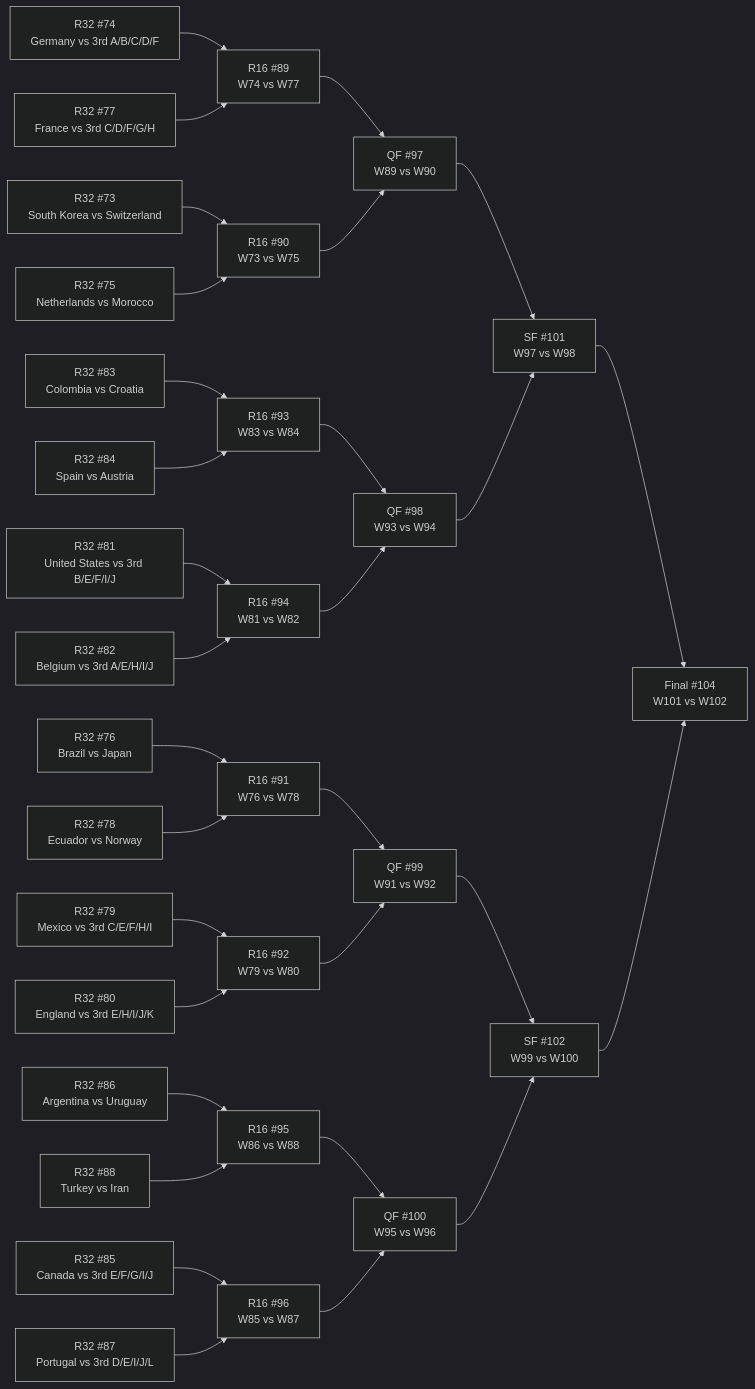
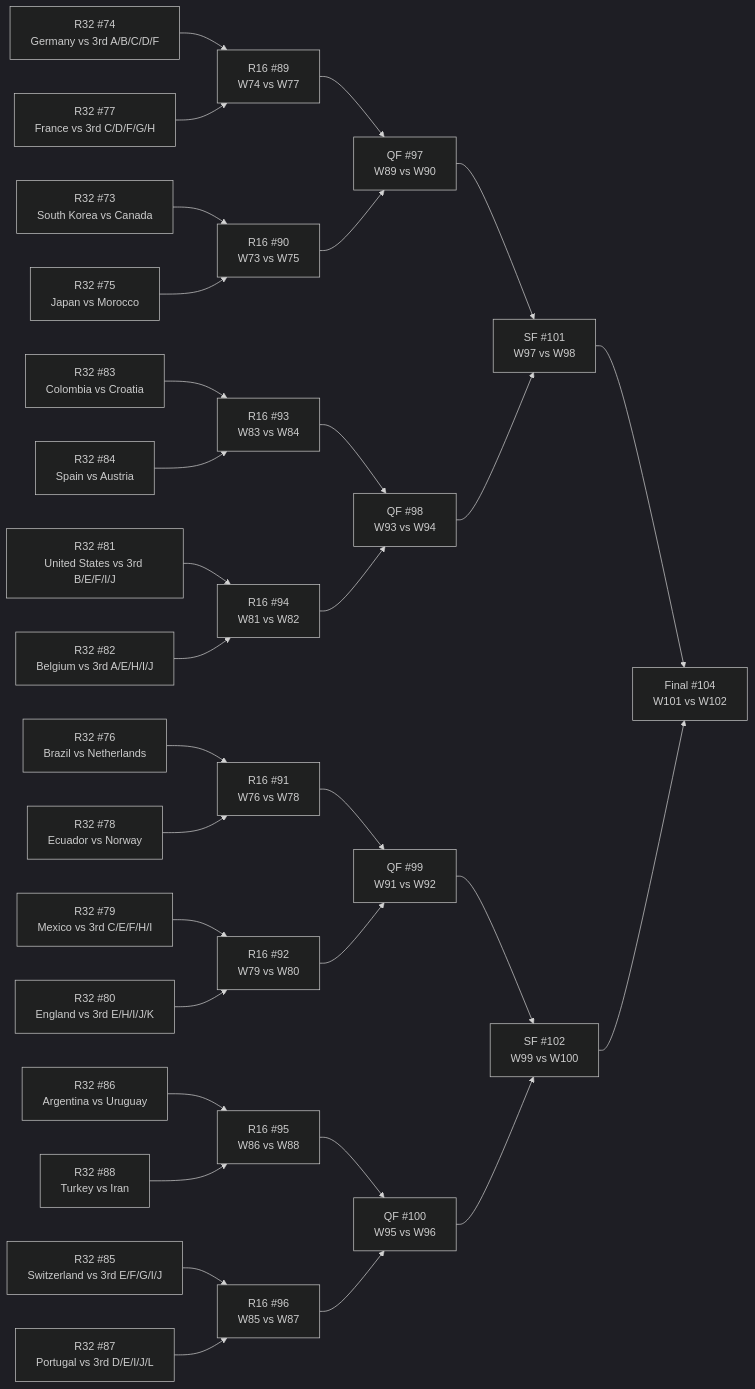
Before and after one commit to Tutai-Tran/WC-2026-predictor: the diagram in WC vault/_bracket.md, drawn with Mermaid (dark theme). The commit also changed other lines of this file and 229 other files, not shown here.

````diff
--- a/WC vault/_bracket.md
+++ b/WC vault/_bracket.md
@@ -11,64 +11,64 @@
 ```mermaid
 flowchart LR
-  M73["R32 #73<br>South Korea vs Switzerland"]
+  M73["R32 #73<br>South Korea vs Canada"]
   M74["R32 #74<br>Germany vs 3rd A/B/C/D/F"]
-  M75["R32 #75<br>Netherlands vs Morocco"]
-  M76["R32 #76<br>Brazil vs Japan"]
+  M75["R32 #75<br>Japan vs Morocco"]
+  M76["R32 #76<br>Brazil vs Netherlands"]
   M77["R32 #77<br>France vs 3rd C/D/F/G/H"]
   M78["R32 #78<br>Ecuador vs Norway"]
   M79["R32 #79<br>Mexico vs 3rd C/E/F/H/I"]
   M80["R32 #80<br>England vs 3rd E/H/I/J/K"]
   M81["R32 #81<br>United States vs 3rd B/E/F/I/J"]
   M82["R32 #82<br>Belgium vs 3rd A/E/H/I/J"]
   M83["R32 #83<br>Colombia vs Croatia"]
   M84["R32 #84<br>Spain vs Austria"]
-  M85["R32 #85<br>Canada vs 3rd E/F/G/I/J"]
+  M85["R32 #85<br>Switzerland vs 3rd E/F/G/I/J"]
   M86["R32 #86<br>Argentina vs Uruguay"]
   M87["R32 #87<br>Portugal vs 3rd D/E/I/J/L"]
   M88["R32 #88<br>Turkey vs Iran"]
   M89["R16 #89<br>W74 vs W77"]
   M90["R16 #90<br>W73 vs W75"]
   M91["R16 #91<br>W76 vs W78"]
   M92["R16 #92<br>W79 vs W80"]
   M93["R16 #93<br>W83 vs W84"]
   M94["R16 #94<br>W81 vs W82"]
   M95["R16 #95<br>W86 vs W88"]
   M96["R16 #96<br>W85 vs W87"]
   M97["QF #97<br>W89 vs W90"]
   M98["QF #98<br>W93 vs W94"]
   M99["QF #99<br>W91 vs W92"]
   M100["QF #100<br>W95 vs W96"]
   M101["SF #101<br>W97 vs W98"]
   M102["SF #102<br>W99 vs W100"]
   M104["Final #104<br>W101 vs W102"]
   M74 --> M89
   M77 --> M89
   M73 --> M90
   M75 --> M90
   M76 --> M91
   M78 --> M91
   M79 --> M92
   M80 --> M92
   M83 --> M93
   M84 --> M93
   M81 --> M94
   M82 --> M94
   M86 --> M95
   M88 --> M95
   M85 --> M96
   M87 --> M96
   M89 --> M97
   M90 --> M97
   M93 --> M98
   M94 --> M98
   M91 --> M99
   M92 --> M99
   M95 --> M100
   M96 --> M100
   M97 --> M101
   M98 --> M101
   M99 --> M102
   M100 --> M102
   M101 --> M104
   M102 --> M104
 ```
````
